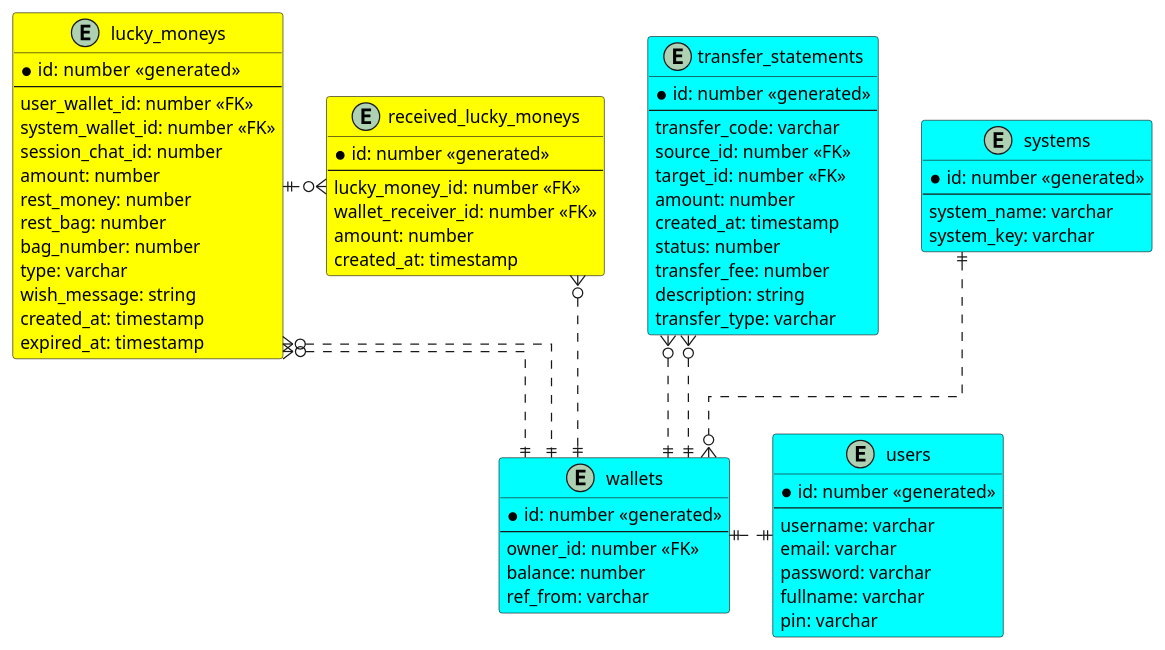
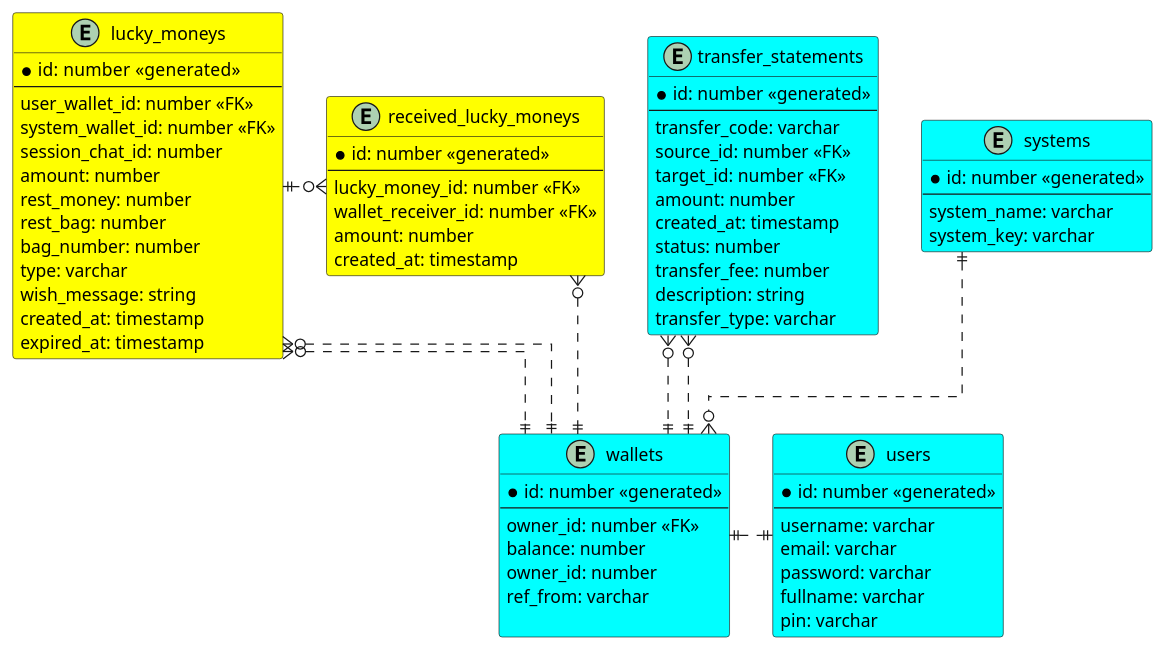
Before and after one commit to ntan1902/hey-app: the diagram in documents/uml/system design/database_diagram.puml, drawn with PlantUML. The commit also changed 32 other files, not shown here.

```diff
--- a/documents/uml/system design/database_diagram.puml
+++ b/documents/uml/system design/database_diagram.puml
@@ -2,102 +2,104 @@
 @startuml
 
 ' hide the spot
 ' hide circle
 
 ' avoid problems with angled crows feet
 skinparam linetype ortho
 
 entity "users" as users #Aqua{
     *id: number <<generated>>
     --
     username: varchar
     email: varchar
     password: varchar
     fullname: varchar
     pin: varchar
 }
 
-' LuckyMoney Service: 
-' - service_name: LuckyMoney
-' - service_key: 
-' ----> Request Auth Service -> JWToken Service 
+' LuckyMoney system: 
+' - system_name: LuckyMoney
+' - system_key: 
+' ----> Request Auth system -> JWToken system 
 ' LuckyMoney vS Payment 
-' LuckyMoney ----> Request Auth Service -> JWToken Service
+' LuckyMoney ----> Request Auth system -> JWToken system
 ' LuckyMoney dùng JWToken vừa có để request danh sách  wallets của nó
 ' sử dụng list wallets này ntn thì tuỳ nó 
 
 ' LuckyMoney request lên payment chuyển tiền. Tới... với cái
 ' wallet id nào của nó  
 
 entity "systems" #Aqua{
     *id: number <<generated>>
     --
     system_name: varchar
     system_key: varchar
 }
 
 
 entity "wallets" as wallets #Aqua{
     *id: number <<generated>>
     --
     owner_id: number <<FK>>
     balance: number    
+    owner_id: number
     ref_from: varchar
+    
 }
 
 entity "transfer_statements" as transfer_statements #Aqua {
     *id: number <<generated>>
     --
     transfer_code: varchar
     source_id: number <<FK>>
     target_id: number <<FK>>
     amount: number
     created_at: timestamp
     status: number
     transfer_fee: number
     description: string
     transfer_type: varchar
 }
 
 entity "lucky_moneys" as lucky_moneys #Yellow{
     *id: number  <<generated>>
     --
     user_wallet_id: number <<FK>>
     system_wallet_id: number <<FK>>
     session_chat_id: number
     amount: number
     rest_money: number
     rest_bag: number
     bag_number: number
     type: varchar
     wish_message: string
     created_at: timestamp
     expired_at: timestamp
 }
 
 entity "received_lucky_moneys" as received_luckey_moneys #Yellow{
     *id: number <<generated>>
     --
     lucky_money_id: number <<FK>>
     wallet_receiver_id: number <<FK>>
     amount: number
     created_at: timestamp
 }
 
 wallets ||.up.o{ transfer_statements
 wallets ||.up.o{ transfer_statements
 
 wallets ||.up.o{ lucky_moneys
 wallets ||.up.o{ lucky_moneys
 
 wallets ||.up.o{ received_luckey_moneys
 
 users ||.left.|| wallets
 
 systems ||..o{ wallets
 
 
 lucky_moneys ||.right.o{ received_luckey_moneys
 
 
 @enduml
```
